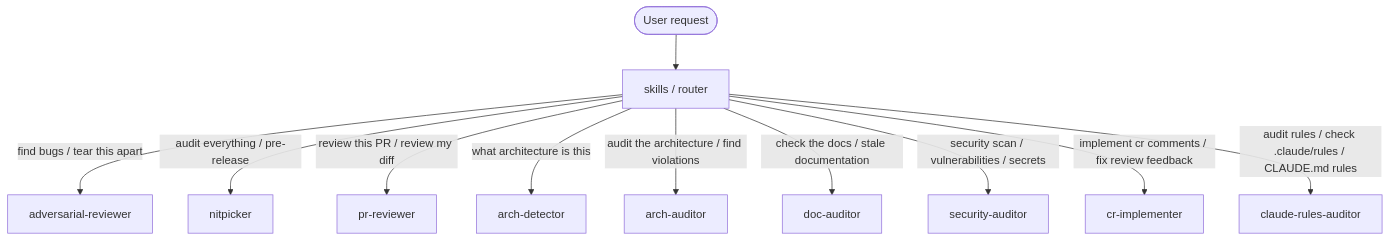
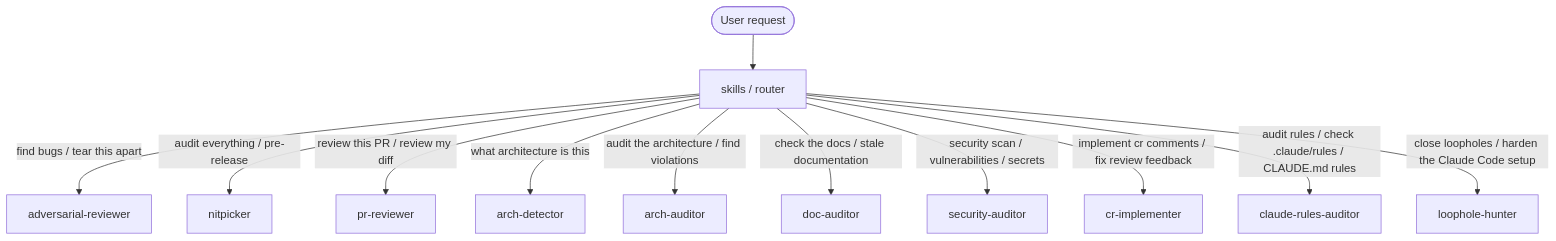
The fifth of 6 diagrams in .claude/skills/README.md (ivuorinen/skills), drawn with Mermaid before and after one commit. The commit also changed other lines of this file and 9 other files, not shown here.

First line of the commit message:
feat: add loophole-hunter skill (#25)

````diff
--- a/.claude/skills/README.md
+++ b/.claude/skills/README.md
@@ -235,13 +247,14 @@
 ```mermaid
 flowchart TD
     U([User request]) --> R[skills / router]
     R -->|"find bugs / tear this apart"| AR[adversarial-reviewer]
     R -->|"audit everything / pre-release"| NP[nitpicker]
     R -->|"review this PR / review my diff"| PR[pr-reviewer]
     R -->|"what architecture is this"| AD[arch-detector]
     R -->|"audit the architecture / find violations"| AA[arch-auditor]
     R -->|"check the docs / stale documentation"| DA[doc-auditor]
     R -->|"security scan / vulnerabilities / secrets"| SA[security-auditor]
     R -->|"implement cr comments / fix review feedback"| CRI[cr-implementer]
     R -->|"audit rules / check .claude/rules / CLAUDE.md rules"| CRA[claude-rules-auditor]
+    R -->|"close loopholes / harden the Claude Code setup"| LH[loophole-hunter]
 ```
````
